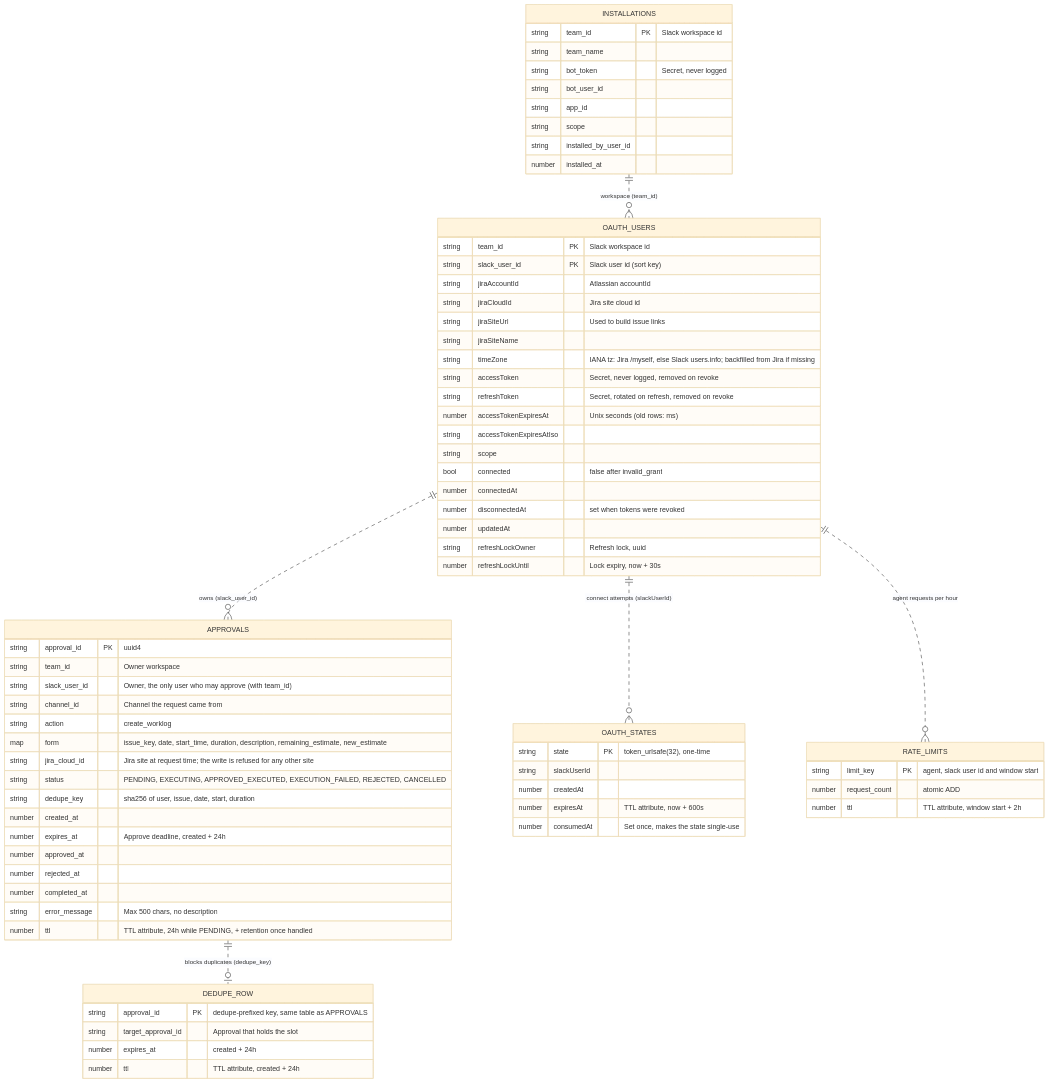
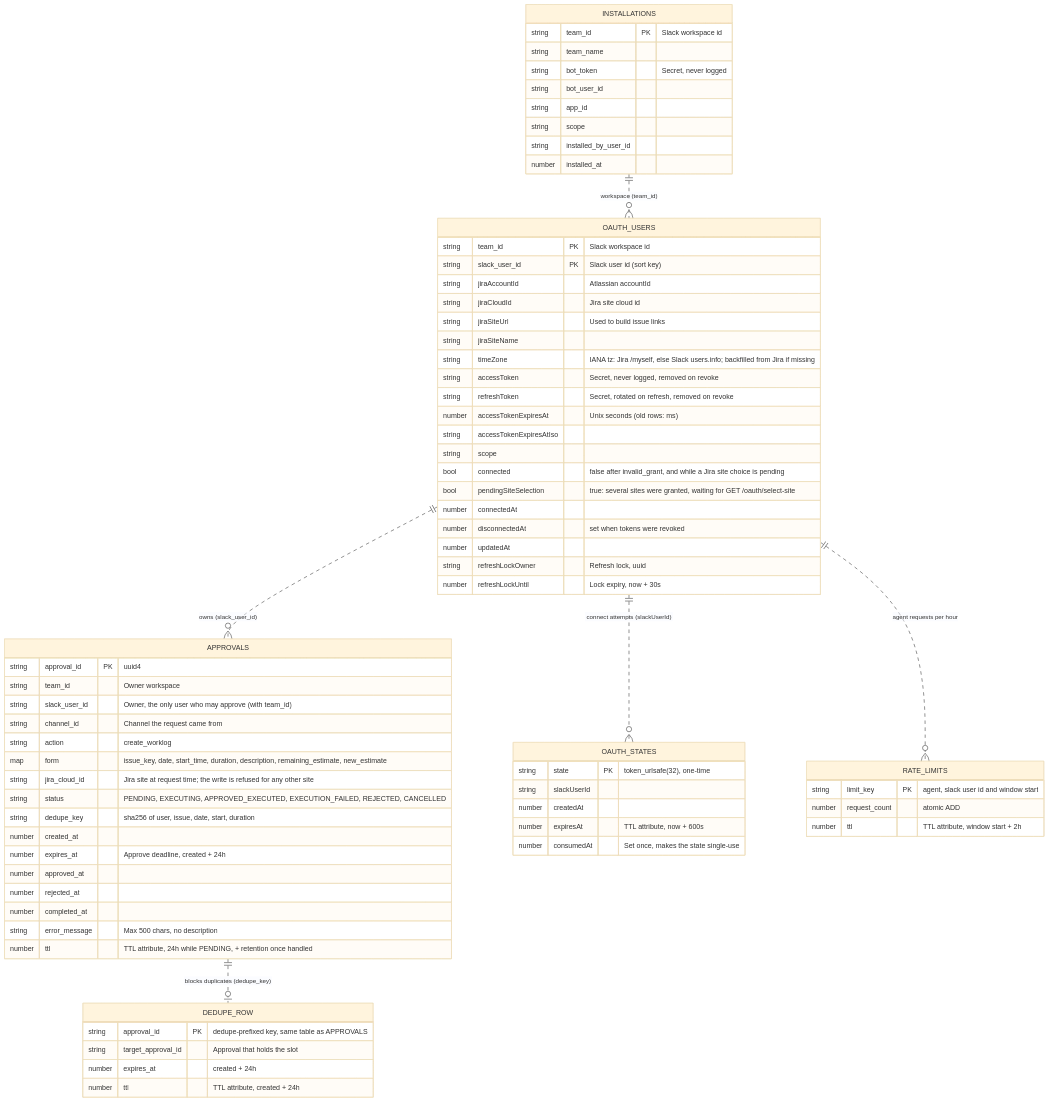
The second of 12 diagrams in docs/design/data_model_and_flows.md (lolohoang123/jira_agent), drawn with Mermaid (base theme) before and after one commit. The commit also changed 18 other files, not shown here.

````diff
--- a/docs/design/data_model_and_flows.md
+++ b/docs/design/data_model_and_flows.md
@@ -50,75 +50,76 @@
 ```mermaid
 erDiagram
     OAUTH_USERS ||..o{ APPROVALS : "owns (slack_user_id)"
     OAUTH_USERS ||..o{ OAUTH_STATES : "connect attempts (slackUserId)"
     OAUTH_USERS ||..o{ RATE_LIMITS : "agent requests per hour"
     INSTALLATIONS ||..o{ OAUTH_USERS : "workspace (team_id)"
     APPROVALS ||..o| DEDUPE_ROW : "blocks duplicates (dedupe_key)"
 
     OAUTH_USERS {
         string team_id PK "Slack workspace id"
         string slack_user_id PK "Slack user id (sort key)"
         string jiraAccountId "Atlassian accountId"
         string jiraCloudId "Jira site cloud id"
         string jiraSiteUrl "Used to build issue links"
         string jiraSiteName
         string timeZone "IANA tz: Jira /myself, else Slack users.info; backfilled from Jira if missing"
         string accessToken "Secret, never logged, removed on revoke"
         string refreshToken "Secret, rotated on refresh, removed on revoke"
         number accessTokenExpiresAt "Unix seconds (old rows: ms)"
         string accessTokenExpiresAtIso
         string scope
-        bool connected "false after invalid_grant"
+        bool connected "false after invalid_grant, and while a Jira site choice is pending"
+        bool pendingSiteSelection "true: several sites were granted, waiting for GET /oauth/select-site"
         number connectedAt
         number disconnectedAt "set when tokens were revoked"
         number updatedAt
         string refreshLockOwner "Refresh lock, uuid"
         number refreshLockUntil "Lock expiry, now + 30s"
     }
     OAUTH_STATES {
         string state PK "token_urlsafe(32), one-time"
         string slackUserId
         number createdAt
         number expiresAt "TTL attribute, now + 600s"
         number consumedAt "Set once, makes the state single-use"
     }
     APPROVALS {
         string approval_id PK "uuid4"
         string team_id "Owner workspace"
         string slack_user_id "Owner, the only user who may approve (with team_id)"
         string channel_id "Channel the request came from"
         string action "create_worklog"
         map form "issue_key, date, start_time, duration, description, remaining_estimate, new_estimate"
         string jira_cloud_id "Jira site at request time; the write is refused for any other site"
         string status "PENDING, EXECUTING, APPROVED_EXECUTED, EXECUTION_FAILED, REJECTED, CANCELLED"
         string dedupe_key "sha256 of user, issue, date, start, duration"
         number created_at
         number expires_at "Approve deadline, created + 24h"
         number approved_at
         number rejected_at
         number completed_at
         string error_message "Max 500 chars, no description"
         number ttl "TTL attribute, 24h while PENDING, + retention once handled"
     }
     INSTALLATIONS {
         string team_id PK "Slack workspace id"
         string team_name
         string bot_token "Secret, never logged"
         string bot_user_id
         string app_id
         string scope
         string installed_by_user_id
         number installed_at
     }
     DEDUPE_ROW {
         string approval_id PK "dedupe-prefixed key, same table as APPROVALS"
         string target_approval_id "Approval that holds the slot"
         number expires_at "created + 24h"
         number ttl "TTL attribute, created + 24h"
     }
     RATE_LIMITS {
         string limit_key PK "agent, slack user id and window start"
         number request_count "atomic ADD"
         number ttl "TTL attribute, window start + 2h"
     }
 ```
````
